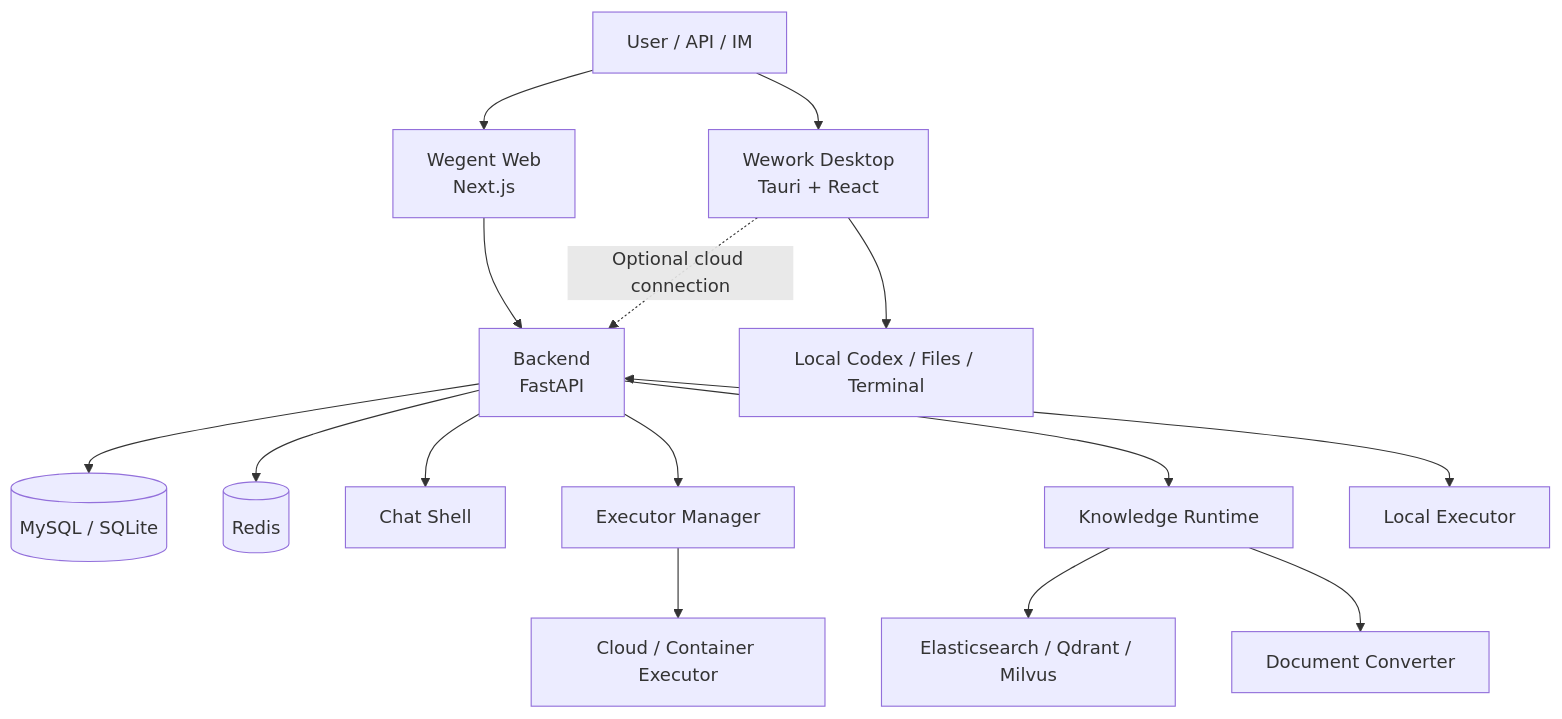
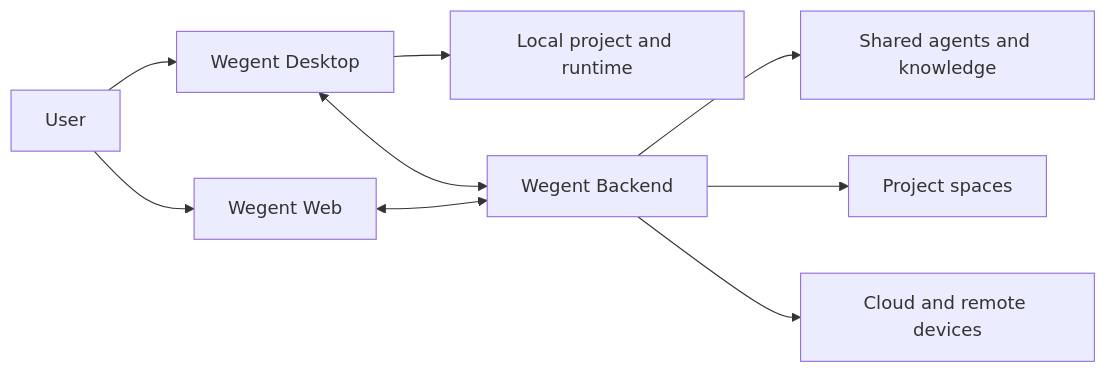
Before and after one commit to wecode-ai/Wegent: the diagram in README.md, drawn with Mermaid. The commit also changed other lines of this file and 1 other file, not shown here.

Commit message:
docs(readme): focus project overview on Wegent Desktop

````diff
--- a/README.md
+++ b/README.md
@@ -125,19 +47,11 @@
 ```mermaid
-graph TB
-    User["User / API / IM"] --> Frontend["Wegent Web<br/>Next.js"]
-    User --> Wework["Wework Desktop<br/>Tauri + React"]
-    Frontend --> Backend["Backend<br/>FastAPI"]
-    Wework -. "Optional cloud connection" .-> Backend
-    Wework --> LocalWork["Local Codex / Files / Terminal"]
-
-    Backend --> Database[("MySQL / SQLite")]
-    Backend --> Redis[("Redis")]
-    Backend --> ChatShell["Chat Shell"]
-    Backend --> ExecutorManager["Executor Manager"]
-    Backend --> KnowledgeRuntime["Knowledge Runtime"]
-
-    ExecutorManager --> CloudExecutor["Cloud / Container Executor"]
-    Backend <--> LocalExecutor["Local Executor"]
-    KnowledgeRuntime --> VectorStore["Elasticsearch / Qdrant / Milvus"]
-    KnowledgeRuntime --> DocConverter["Document Converter"]
+flowchart LR
+    User["User"] --> Desktop["Wegent Desktop"]
+    User --> Web["Wegent Web"]
+    Desktop --> Local["Local project and runtime"]
+    Desktop <--> Backend["Wegent Backend"]
+    Web <--> Backend
+    Backend --> Agents["Shared agents and knowledge"]
+    Backend --> Space["Project spaces"]
+    Backend --> Remote["Cloud and remote devices"]
 ```
````
